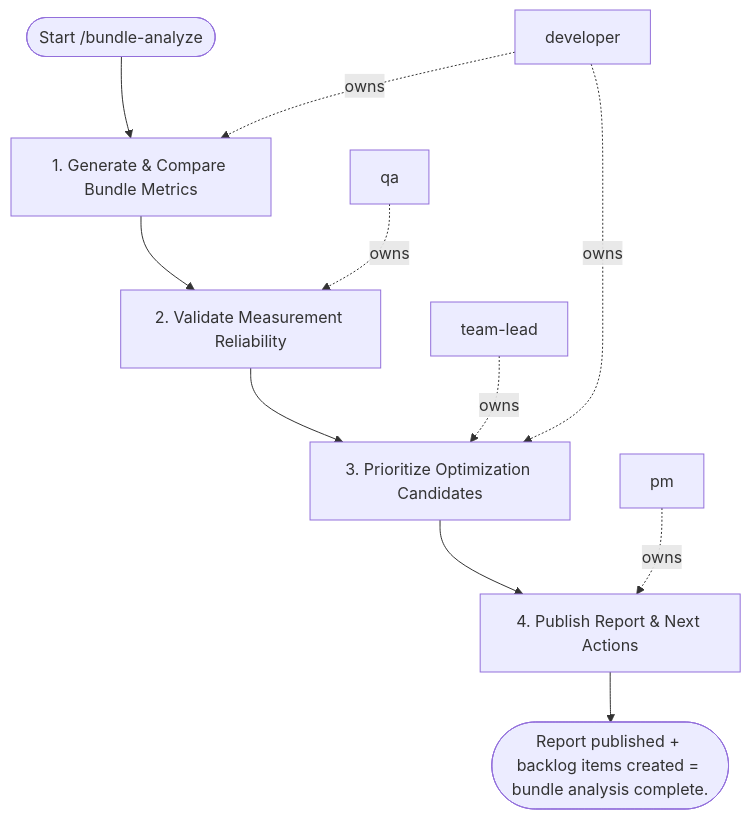
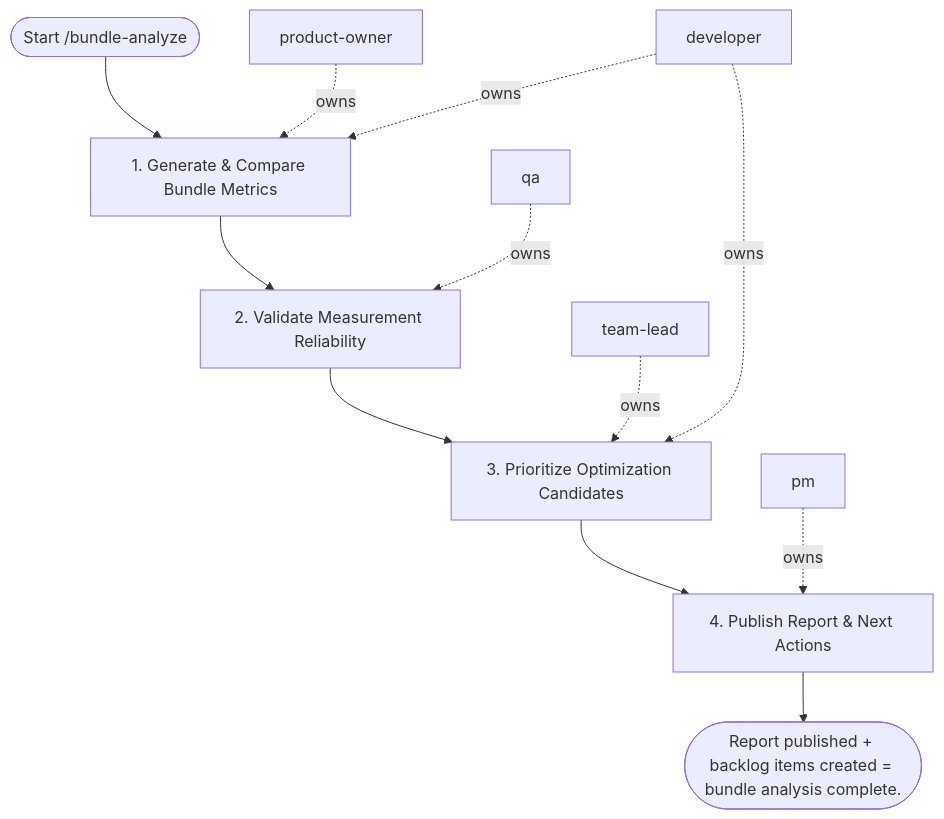
Before and after one commit to sawrus/agent-guides: the diagram in areas/software/frontend/workflows/bundle-analyze.md, drawn with Mermaid. The commit also changed other lines of this file and 76 other files, not shown here.

Commit message:
Standardize workflow product owner initiation

````diff
--- a/areas/software/frontend/workflows/bundle-analyze.md
+++ b/areas/software/frontend/workflows/bundle-analyze.md
@@ -58,23 +58,25 @@
 ```mermaid
 flowchart TD
   start(["Start /bundle-analyze"])
-  role_1["developer"]
-  role_2["qa"]
-  role_3["team-lead"]
-  role_4["pm"]
+  role_1["product-owner"]
+  role_2["developer"]
+  role_3["qa"]
+  role_4["team-lead"]
+  role_5["pm"]
   step_1["1. Generate & Compare Bundle Metrics"]
   step_2["2. Validate Measurement Reliability"]
   step_3["3. Prioritize Optimization Candidates"]
   step_4["4. Publish Report & Next Actions"]
   exit(["Report published + backlog items created = bundle analysis complete."])
   start --> step_1
   step_1 --> step_2
   step_2 --> step_3
   step_3 --> step_4
   step_4 --> exit
   role_1 -. owns .-> step_1
-  role_2 -. owns .-> step_2
-  role_3 -. owns .-> step_3
-  role_1 -. owns .-> step_3
-  role_4 -. owns .-> step_4
+  role_2 -. owns .-> step_1
+  role_3 -. owns .-> step_2
+  role_4 -. owns .-> step_3
+  role_2 -. owns .-> step_3
+  role_5 -. owns .-> step_4
 ```
````
